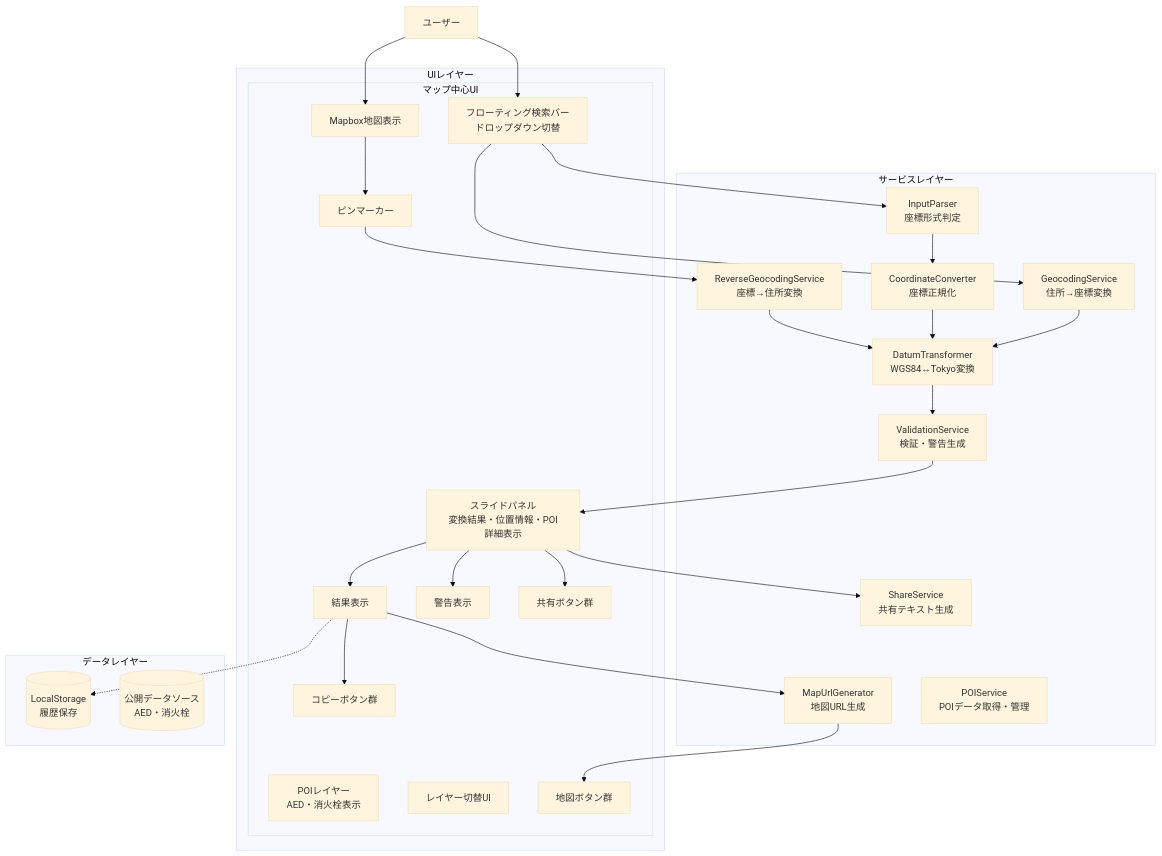
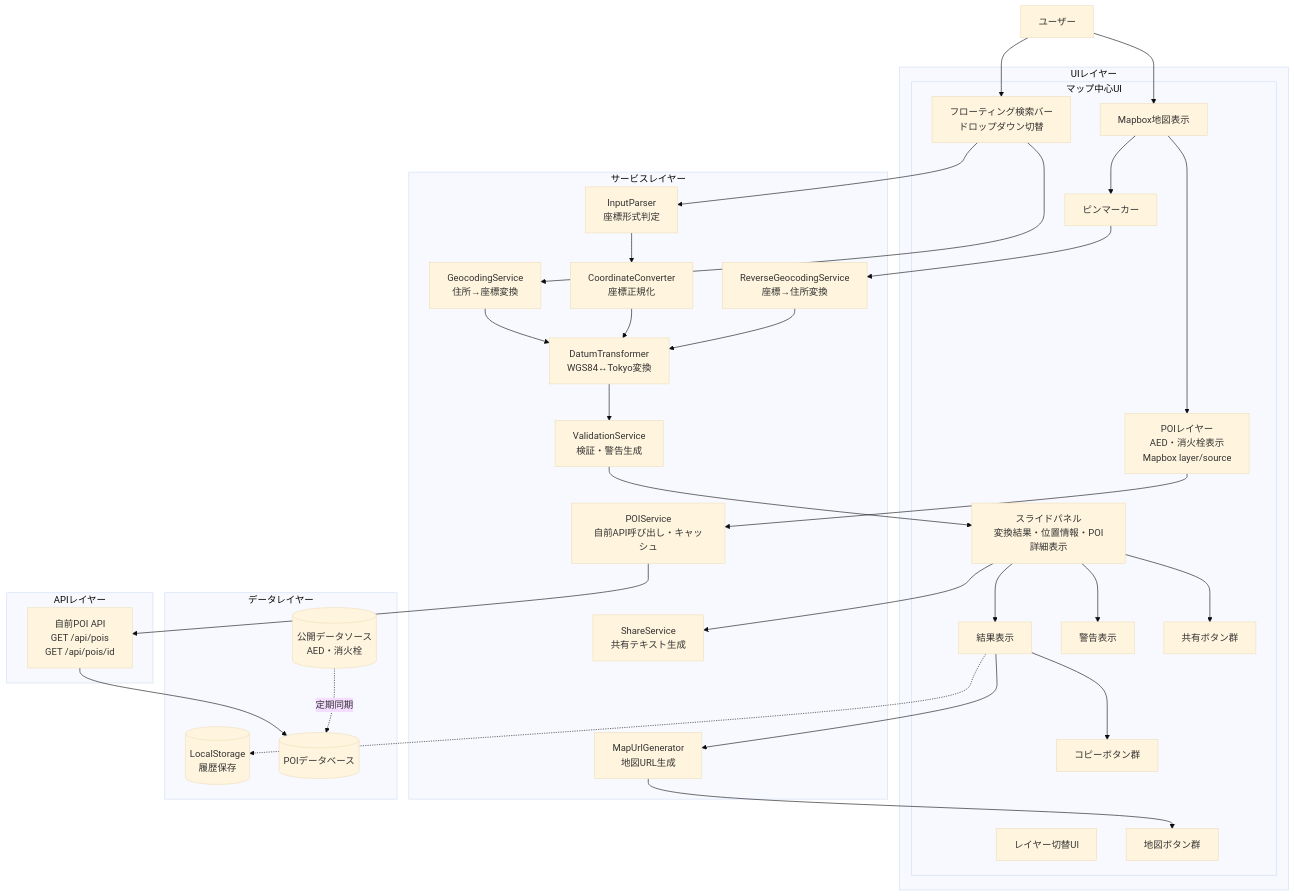
One commit to oyaakihisa/ichi-link changed the second of 10 diagrams in docs/functional-design.md. Above: the diagram before and after it, drawn with Mermaid (base theme). The commit also changed other lines of this file and 4 other files, not shown here.

````diff
--- a/docs/functional-design.md
+++ b/docs/functional-design.md
@@ -35,58 +39,68 @@
 ```mermaid
 graph TB
     User[ユーザー]
 
     subgraph UILayer[UIレイヤー]
         subgraph MapCentricUI[マップ中心UI]
             SearchBar[フローティング検索バー<br/>ドロップダウン切替]
             MapView[Mapbox地図表示]
             PinMarker[ピンマーカー]
-            POILayer[POIレイヤー<br/>AED・消火栓表示]
+            POILayer[POIレイヤー<br/>AED・消火栓表示<br/>Mapbox layer/source]
             LayerToggle[レイヤー切替UI]
             SlidePanel[スライドパネル<br/>変換結果・位置情報・POI詳細表示]
             ResultDisplay[結果表示]
             WarningDisplay[警告表示]
             MapButtons[地図ボタン群]
             CopyButtons[コピーボタン群]
             ShareButtons[共有ボタン群]
         end
     end
 
     subgraph ServiceLayer[サービスレイヤー]
         InputParser[InputParser<br/>座標形式判定]
         GeocodingService[GeocodingService<br/>住所→座標変換]
         ReverseGeocodingService[ReverseGeocodingService<br/>座標→住所変換]
         CoordinateConverter[CoordinateConverter<br/>座標正規化]
         DatumTransformer[DatumTransformer<br/>WGS84↔Tokyo変換]
         ValidationService[ValidationService<br/>検証・警告生成]
         MapUrlGenerator[MapUrlGenerator<br/>地図URL生成]
         ShareService[ShareService<br/>共有テキスト生成]
-        POIService[POIService<br/>POIデータ取得・管理]
+        POIService[POIService<br/>自前API呼び出し・キャッシュ]
+    end
+
+    subgraph APILayer[APIレイヤー]
+        POIAPI[自前POI API<br/>GET /api/pois<br/>GET /api/pois/id]
     end
 
     subgraph DataLayer[データレイヤー]
         LocalStorage[(LocalStorage<br/>履歴保存)]
-        POIDataSource[(公開データソース<br/>AED・消火栓)]
+        POIDB[(POIデータベース)]
+        PublicDataSource[(公開データソース<br/>AED・消火栓)]
     end
 
     User --> SearchBar
     User --> MapView
     SearchBar --> GeocodingService
     SearchBar --> InputParser
     GeocodingService --> DatumTransformer
     InputParser --> CoordinateConverter
     CoordinateConverter --> DatumTransformer
     DatumTransformer --> ValidationService
     ValidationService --> SlidePanel
     SlidePanel --> ResultDisplay
     SlidePanel --> WarningDisplay
     ResultDisplay --> MapUrlGenerator
     MapUrlGenerator --> MapButtons
     ResultDisplay --> CopyButtons
     ResultDisplay -.-> LocalStorage
     MapView --> PinMarker
+    MapView --> POILayer
+    POILayer --> POIService
+    POIService --> POIAPI
+    POIAPI --> POIDB
+    PublicDataSource -.->|定期同期| POIDB
     PinMarker --> ReverseGeocodingService
     ReverseGeocodingService --> DatumTransformer
     SlidePanel --> ShareService
     SlidePanel --> ShareButtons
 ```
````
